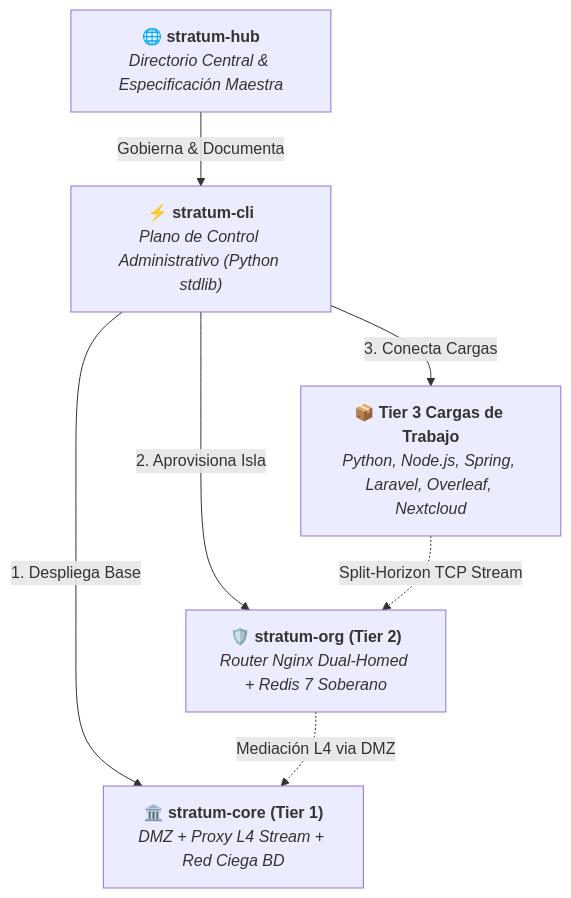
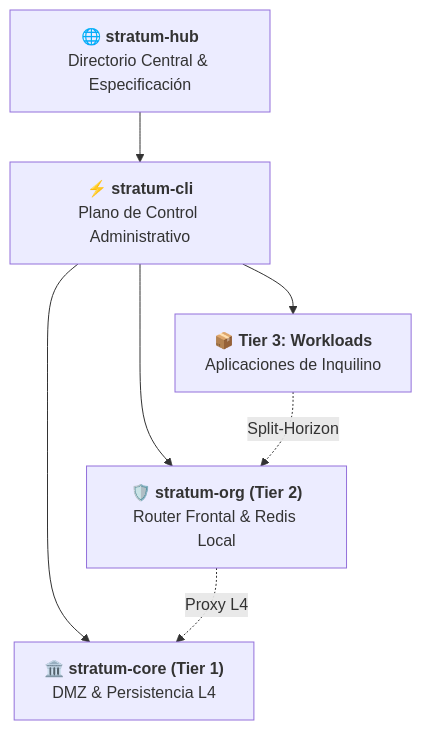
The fourth of 4 diagrams in README.md (isora-cloud-group/stratum-hub), drawn with Mermaid before and after one commit. The commit also changed other lines of this file and 2 other files, not shown here.

Commit message:
docs: optimize diagrams with vertical orientation, concise labels, and decoupled link lists

````diff
--- a/README.md
+++ b/README.md
@@ -215,18 +203,16 @@
 ```mermaid
 flowchart TD
-    HUB["🌐 <b>stratum-hub</b><br/><i>Directorio Central & Especificación Maestra</i>"]
-    
-    HUB -->|"Gobierna & Documenta"| CLI["⚡ <b>stratum-cli</b><br/><i>Plano de Control Administrativo (Python stdlib)</i>"]
-    
-    CLI -->|"1. Despliega Base"| CORE["🏛️ <b>stratum-core (Tier 1)</b><br/><i>DMZ + Proxy L4 Stream + Red Ciega BD</i>"]
-    CLI -->|"2. Aprovisiona Isla"| ORG["🛡️ <b>stratum-org (Tier 2)</b><br/><i>Router Nginx Dual-Homed + Redis 7 Soberano</i>"]
-    CLI -->|"3. Conecta Cargas"| T3["📦 <b>Tier 3 Cargas de Trabajo</b><br/><i>Python, Node.js, Spring, Laravel, Overleaf, Nextcloud</i>"]
-    
-    T3 -.->|"Split-Horizon TCP Stream"| ORG
-    ORG -.->|"Mediación L4 via DMZ"| CORE
+    HUB["🌐 <b>stratum-hub</b><br/>Directorio Central & Especificación"]
+    CLI["⚡ <b>stratum-cli</b><br/>Plano de Control Administrativo"]
+    CORE["🏛️ <b>stratum-core (Tier 1)</b><br/>DMZ & Persistencia L4"]
+    ORG["🛡️ <b>stratum-org (Tier 2)</b><br/>Router Frontal & Redis Local"]
+    T3["📦 <b>Tier 3: Workloads</b><br/>Aplicaciones de Inquilino"]
 
-    click HUB "https://github.com/isora-cloud-group/stratum-hub" "Ver stratum-hub"
-    click CLI "https://github.com/isora-cloud-group/stratum-cli" "Ver stratum-cli"
-    click CORE "https://github.com/isora-cloud-group/stratum-core" "Ver stratum-core"
-    click ORG "https://github.com/isora-cloud-group/stratum-org" "Ver stratum-org"
+    HUB --> CLI
+    CLI --> CORE
+    CLI --> ORG
+    CLI --> T3
+
+    T3 -.->|"Split-Horizon"| ORG
+    ORG -.->|"Proxy L4"| CORE
 ```
````
